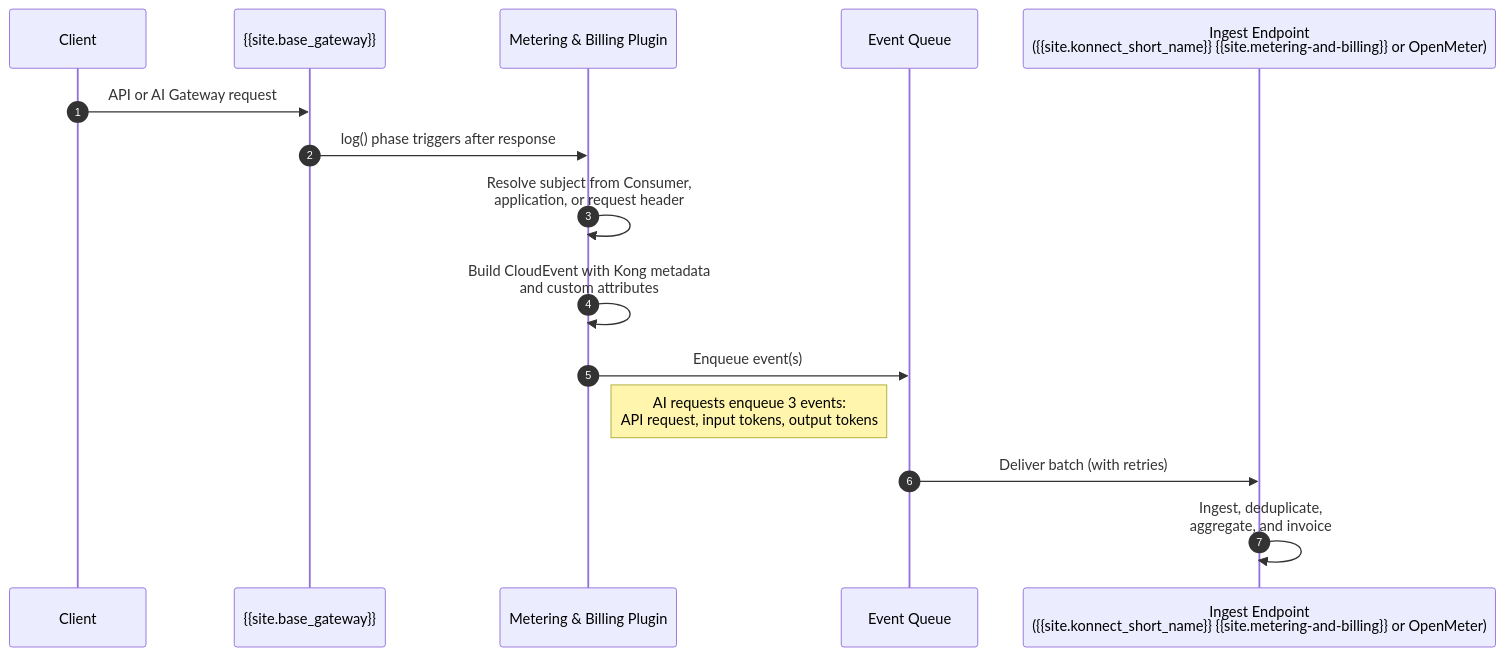
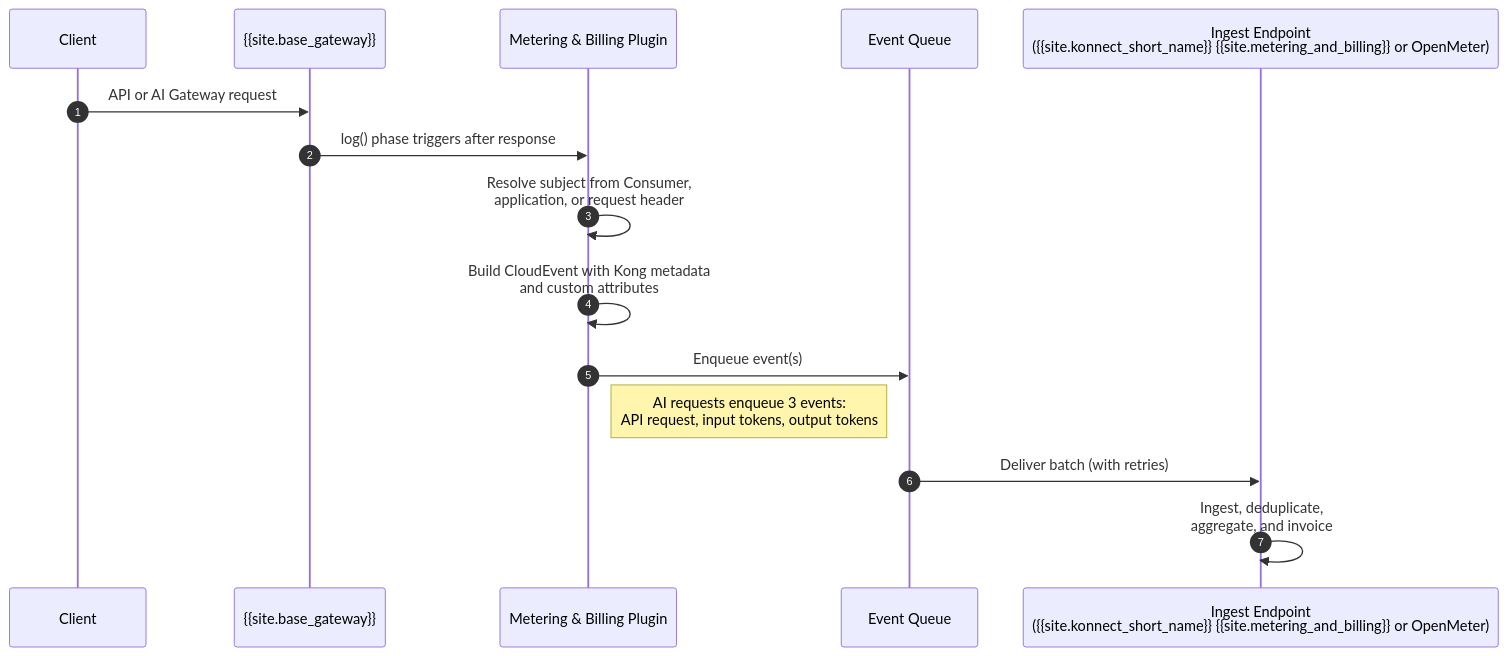
One commit to Kong/developer.konghq.com changed the diagram in app/_kong_plugins/metering-and-billing/index.md. Above: the diagram before and after it, drawn with Mermaid. The commit also changed other lines of this file and 4 other files, not shown here.

```diff
--- a/app/_kong_plugins/metering-and-billing/index.md
+++ b/app/_kong_plugins/metering-and-billing/index.md
@@ -72,18 +72,18 @@
 {% mermaid %}
 sequenceDiagram
     autonumber
     participant client as Client
     participant kong as {{site.base_gateway}}
     participant plugin as Metering & Billing Plugin
     participant queue as Event Queue
-    participant ingest as Ingest Endpoint<br>({{site.konnect_short_name}} {{site.metering-and-billing}} or OpenMeter)
+    participant ingest as Ingest Endpoint<br>({{site.konnect_short_name}} {{site.metering_and_billing}} or OpenMeter)
 
     client->>kong: API or AI Gateway request
     kong->>plugin: log() phase triggers after response
     plugin->>plugin: Resolve subject from Consumer,<br>application, or request header
     plugin->>plugin: Build CloudEvent with Kong metadata<br>and custom attributes
     plugin->>queue: Enqueue event(s)
     note right of plugin: AI requests enqueue 3 events:<br>API request, input tokens, output tokens
     queue->>ingest: Deliver batch (with retries)
     ingest->>ingest: Ingest, deduplicate,<br>aggregate, and invoice
 {% endmermaid %}
```
